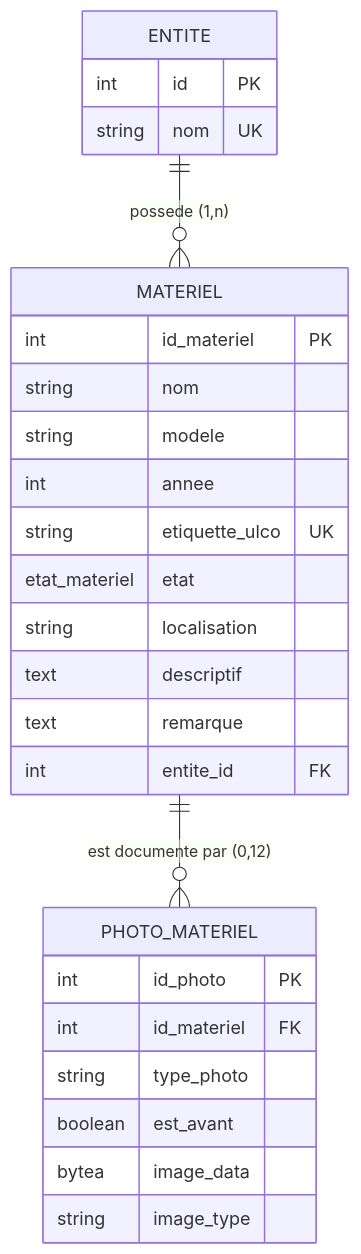
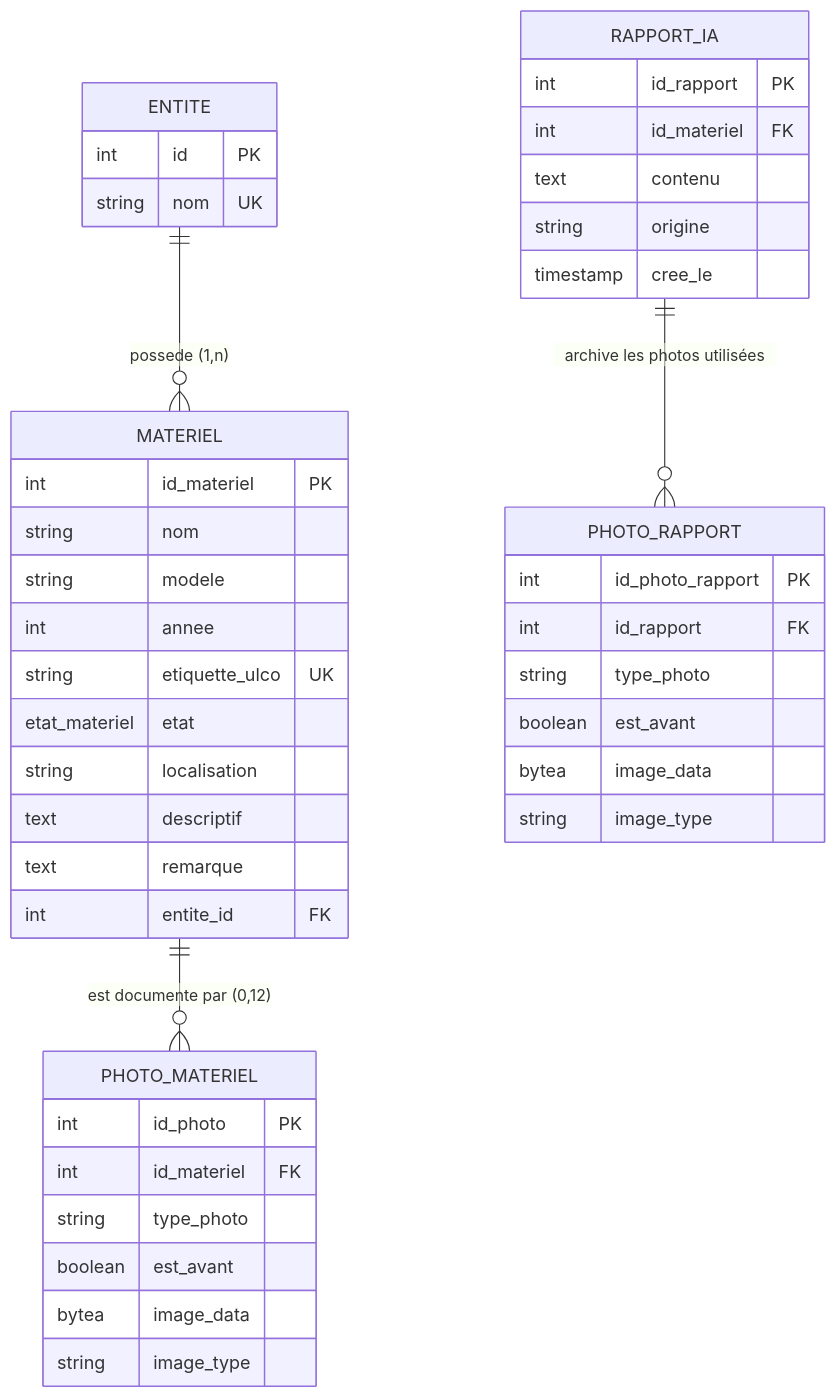
One commit to celien-svg/saeia changed the first of 3 diagrams in docs/documentation_technique.md. Above: the diagram before and after it, drawn with Mermaid. The commit also changed other lines of this file and 9 other files, not shown here.

Commit message:
remplacement des ancienne image par les nouvelles

````diff
--- a/docs/documentation_technique.md
+++ b/docs/documentation_technique.md
@@ -57,32 +58,50 @@
 ```mermaid
 erDiagram
     ENTITE ||--o{ MATERIEL : "possede (1,n)"
     MATERIEL ||--o{ PHOTO_MATERIEL : "est documente par (0,12)"
+    RAPPORT_IA ||--o{ PHOTO_RAPPORT : "archive les photos utilisées"
 
     ENTITE {
         int id PK
         string nom UK
     }
 
     MATERIEL {
         int id_materiel PK
         string nom
         string modele
         int annee
         string etiquette_ulco UK
         etat_materiel etat
         string localisation
         text descriptif
         text remarque
         int entite_id FK
     }
 
     PHOTO_MATERIEL {
         int id_photo PK
         int id_materiel FK
         string type_photo
         boolean est_avant
         bytea image_data
         string image_type
     }
+
+    RAPPORT_IA {
+        int id_rapport PK
+        int id_materiel FK
+        text contenu
+        string origine
+        timestamp cree_le
+    }
+
+    PHOTO_RAPPORT {
+        int id_photo_rapport PK
+        int id_rapport FK
+        string type_photo
+        boolean est_avant
+        bytea image_data
+        string image_type
+    }
 ```
````
